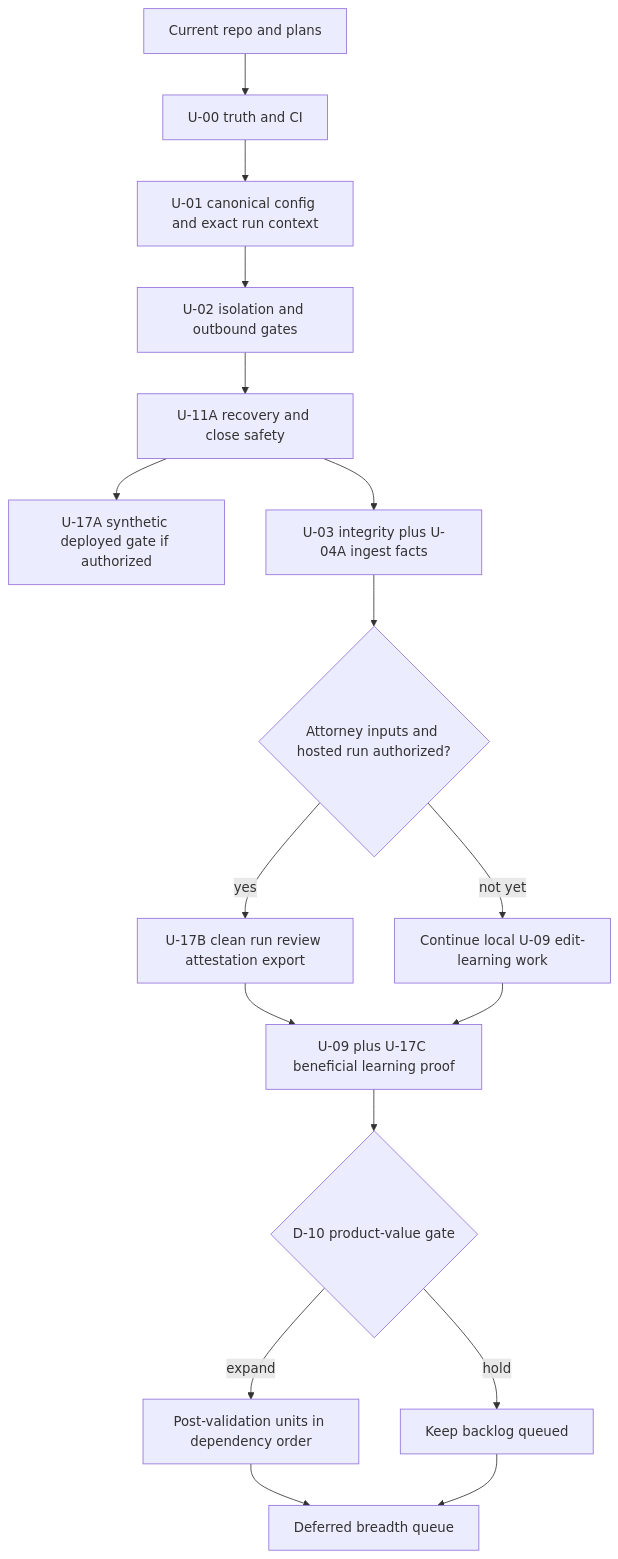
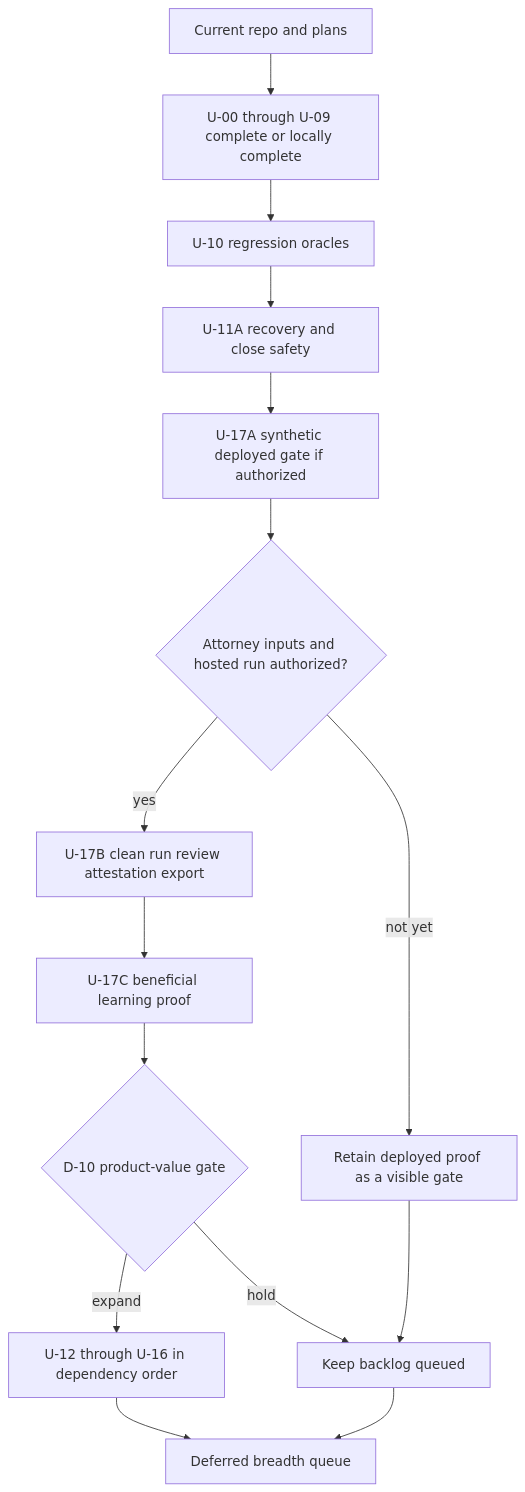
Before and after one commit to damienriehl/mootloop: the diagram in docs/plans/2026-08-20-0845-feat-plan-completion-queue-plan.md, drawn with Mermaid. The commit also changed other lines of this file and 42 other files, not shown here.

Commit message:
feat(learn): close reviewed DOCX learning loop

````diff
--- a/docs/plans/2026-08-20-0845-feat-plan-completion-queue-plan.md
+++ b/docs/plans/2026-08-20-0845-feat-plan-completion-queue-plan.md
@@ -185,19 +185,17 @@
 ```mermaid
 flowchart TD
-    A[Current repo and plans] --> B[U-00 truth and CI]
-    B --> C[U-01 canonical config and exact run context]
-    C --> D[U-02 isolation and outbound gates]
-    D --> E[U-11A recovery and close safety]
+    A[Current repo and plans] --> B[U-00 through U-09 complete or locally complete]
+    B --> C[U-10 regression oracles]
+    C --> E[U-11A recovery and close safety]
     E --> F[U-17A synthetic deployed gate if authorized]
-    E --> G[U-03 integrity plus U-04A ingest facts]
-    G --> H{Attorney inputs and hosted run authorized?}
+    F --> H{Attorney inputs and hosted run authorized?}
     H -->|yes| I[U-17B clean run review attestation export]
-    H -->|not yet| W[Continue local U-09 edit-learning work]
-    I --> J[U-09 plus U-17C beneficial learning proof]
-    W --> J
+    H -->|not yet| W[Retain deployed proof as a visible gate]
+    I --> J[U-17C beneficial learning proof]
     J --> K{D-10 product-value gate}
-    K -->|expand| L[Post-validation units in dependency order]
+    K -->|expand| L[U-12 through U-16 in dependency order]
     K -->|hold| M[Keep backlog queued]
+    W --> M
     L --> N[Deferred breadth queue]
     M --> N
 ```
````
